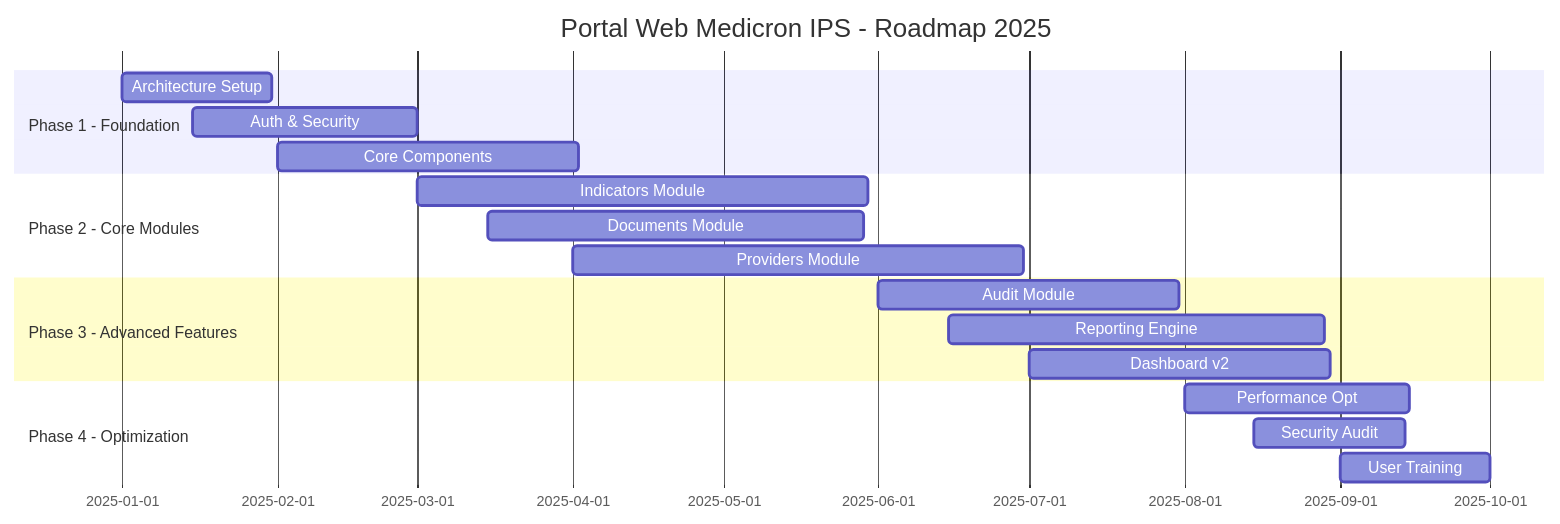
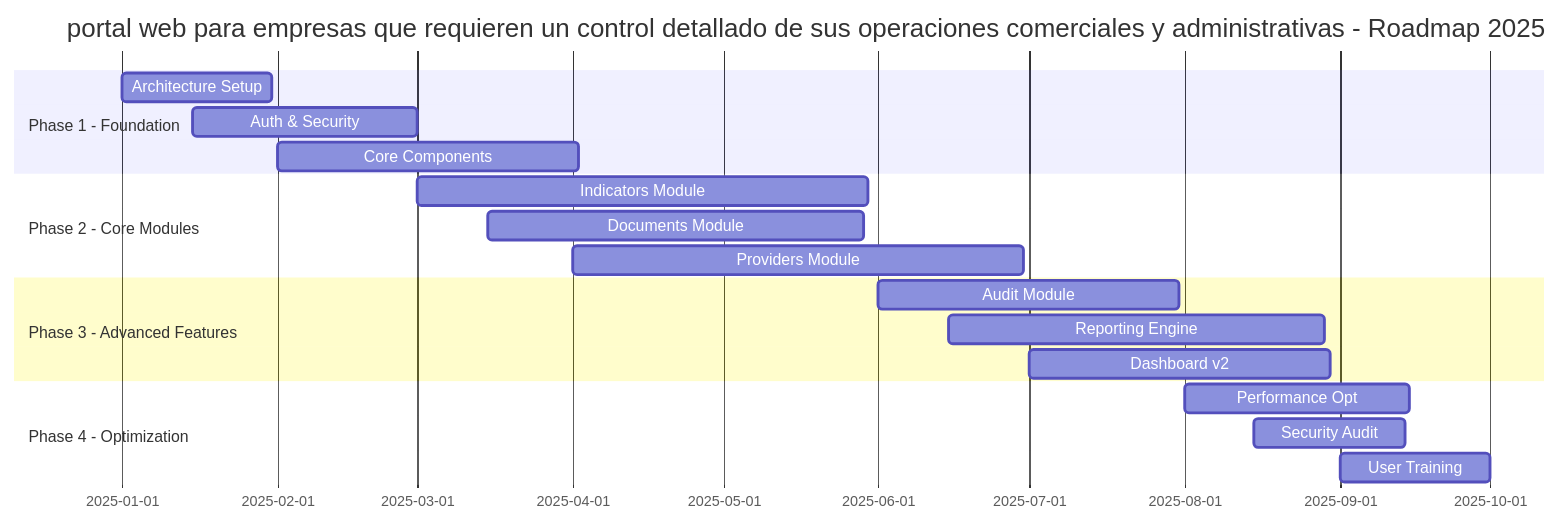
One commit to Edisonnarvaez/portal_web_frontend changed the first of 2 diagrams in agents.md. Above: the diagram before and after it, drawn with Mermaid. The commit also changed other lines of this file and 3 other files, not shown here.

````diff
--- a/agents.md
+++ b/agents.md
@@ -238,24 +238,24 @@
 ```mermaid
 gantt
-    title Portal Web Medicron IPS - Roadmap 2025
+  title portal web para empresas que requieren un control detallado de sus operaciones comerciales y administrativas - Roadmap 2025
     dateFormat  YYYY-MM-DD
     section Phase 1 - Foundation
     Architecture Setup    :2025-01-01, 30d
     Auth & Security       :2025-01-15, 45d
     Core Components       :2025-02-01, 60d
     
     section Phase 2 - Core Modules
     Indicators Module     :2025-03-01, 90d
     Documents Module      :2025-03-15, 75d
     Providers Module      :2025-04-01, 90d
     
     section Phase 3 - Advanced Features
     Audit Module         :2025-06-01, 60d
     Reporting Engine     :2025-06-15, 75d
     Dashboard v2         :2025-07-01, 60d
     
     section Phase 4 - Optimization
     Performance Opt      :2025-08-01, 45d
     Security Audit       :2025-08-15, 30d
     User Training        :2025-09-01, 30d
 ```
````
